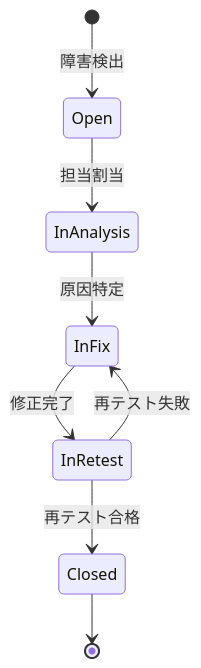
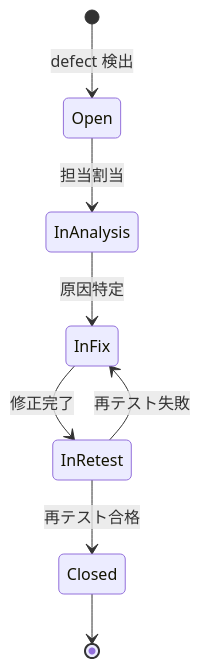
The fourth of 11 diagrams in process-rules/full-auto-dev-process-rules-ja.md (GoodRelax/claude-code-full-auto-dev), drawn with Mermaid before and after one commit. The commit also changed other lines of this file and 10 other files, not shown here.

````diff
--- a/process-rules/full-auto-dev-process-rules-ja.md
+++ b/process-rules/full-auto-dev-process-rules-ja.md
@@ -405,10 +405,10 @@
 ```mermaid
 stateDiagram-v2
-    [*] --> Open: 障害検出
+    [*] --> Open: defect 検出
     Open --> InAnalysis: 担当割当
     InAnalysis --> InFix: 原因特定
     InFix --> InRetest: 修正完了
     InRetest --> Closed: 再テスト合格
     InRetest --> InFix: 再テスト失敗
     Closed --> [*]
 ```
````
